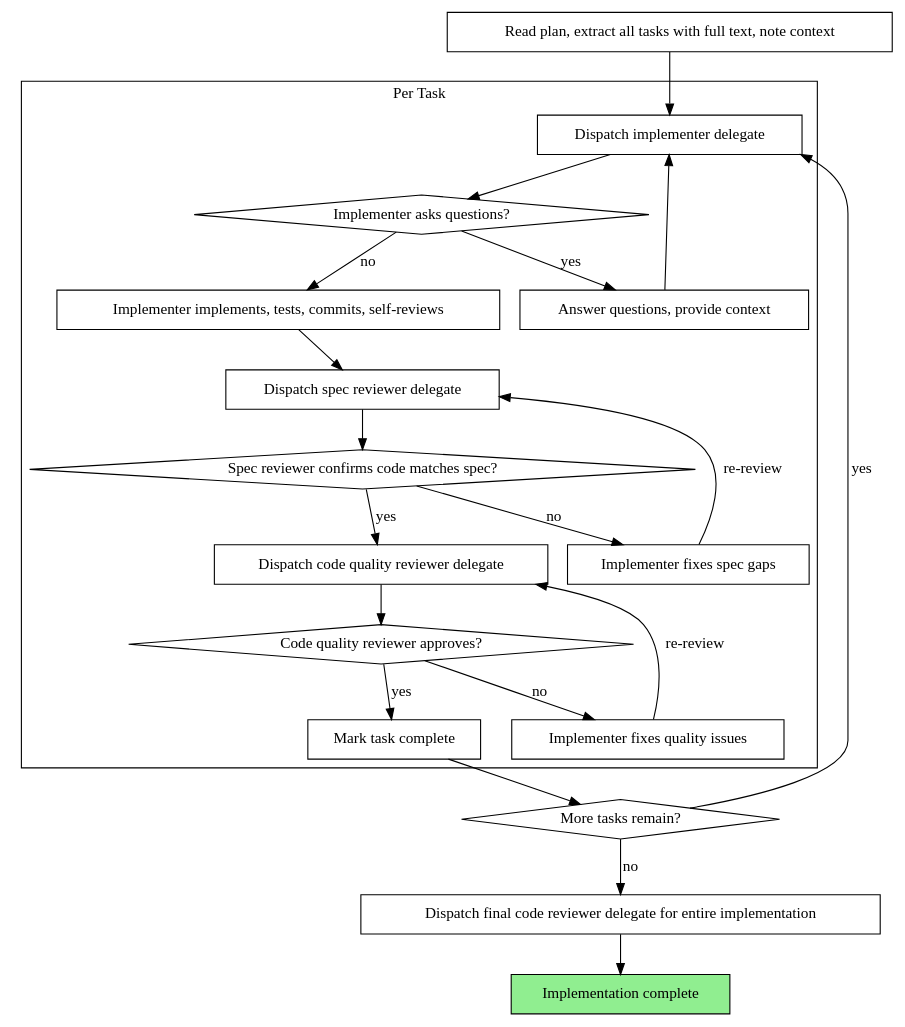
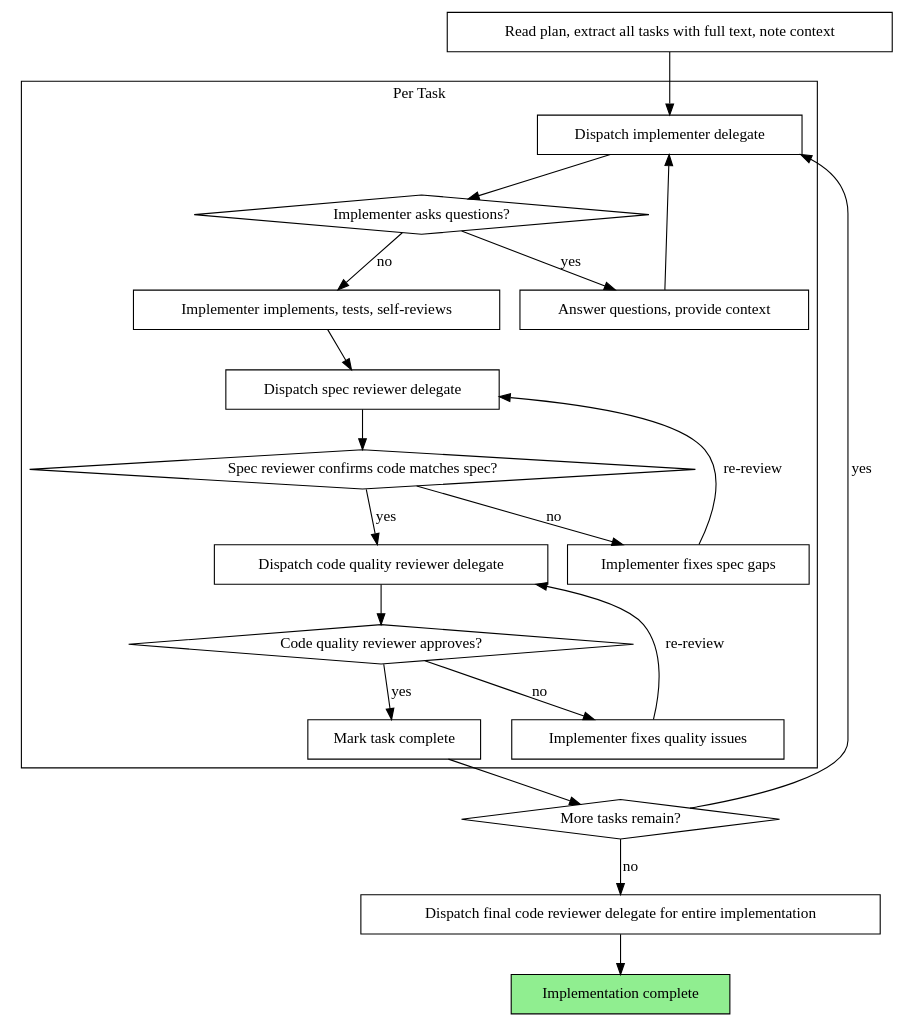
One commit to rommelporras/kiro-config changed the second of 2 diagrams in skills/subagent-driven-development/SKILL.md. Above: the diagram before and after it, drawn with Graphviz. The commit also changed other lines of this file and 46 other files, not shown here.

````diff
--- a/skills/subagent-driven-development/SKILL.md
+++ b/skills/subagent-driven-development/SKILL.md
@@ -33,44 +33,44 @@
 ```dot
 digraph process {
     rankdir=TB;
 
     subgraph cluster_per_task {
         label="Per Task";
         "Dispatch implementer delegate" [shape=box];
         "Implementer asks questions?" [shape=diamond];
         "Answer questions, provide context" [shape=box];
-        "Implementer implements, tests, commits, self-reviews" [shape=box];
+        "Implementer implements, tests, self-reviews" [shape=box];
         "Dispatch spec reviewer delegate" [shape=box];
         "Spec reviewer confirms code matches spec?" [shape=diamond];
         "Implementer fixes spec gaps" [shape=box];
         "Dispatch code quality reviewer delegate" [shape=box];
         "Code quality reviewer approves?" [shape=diamond];
         "Implementer fixes quality issues" [shape=box];
         "Mark task complete" [shape=box];
     }
 
     "Read plan, extract all tasks with full text, note context" [shape=box];
     "More tasks remain?" [shape=diamond];
     "Dispatch final code reviewer delegate for entire implementation" [shape=box];
     "Implementation complete" [shape=box style=filled fillcolor=lightgreen];
 
     "Read plan, extract all tasks with full text, note context" -> "Dispatch implementer delegate";
     "Dispatch implementer delegate" -> "Implementer asks questions?";
     "Implementer asks questions?" -> "Answer questions, provide context" [label="yes"];
     "Answer questions, provide context" -> "Dispatch implementer delegate";
-    "Implementer asks questions?" -> "Implementer implements, tests, commits, self-reviews" [label="no"];
-    "Implementer implements, tests, commits, self-reviews" -> "Dispatch spec reviewer delegate";
+    "Implementer asks questions?" -> "Implementer implements, tests, self-reviews" [label="no"];
+    "Implementer implements, tests, self-reviews" -> "Dispatch spec reviewer delegate";
     "Dispatch spec reviewer delegate" -> "Spec reviewer confirms code matches spec?";
     "Spec reviewer confirms code matches spec?" -> "Implementer fixes spec gaps" [label="no"];
     "Implementer fixes spec gaps" -> "Dispatch spec reviewer delegate" [label="re-review"];
     "Spec reviewer confirms code matches spec?" -> "Dispatch code quality reviewer delegate" [label="yes"];
     "Dispatch code quality reviewer delegate" -> "Code quality reviewer approves?";
     "Code quality reviewer approves?" -> "Implementer fixes quality issues" [label="no"];
     "Implementer fixes quality issues" -> "Dispatch code quality reviewer delegate" [label="re-review"];
     "Code quality reviewer approves?" -> "Mark task complete" [label="yes"];
     "Mark task complete" -> "More tasks remain?";
     "More tasks remain?" -> "Dispatch implementer delegate" [label="yes"];
     "More tasks remain?" -> "Dispatch final code reviewer delegate for entire implementation" [label="no"];
     "Dispatch final code reviewer delegate for entire implementation" -> "Implementation complete";
 }
 ```
````
